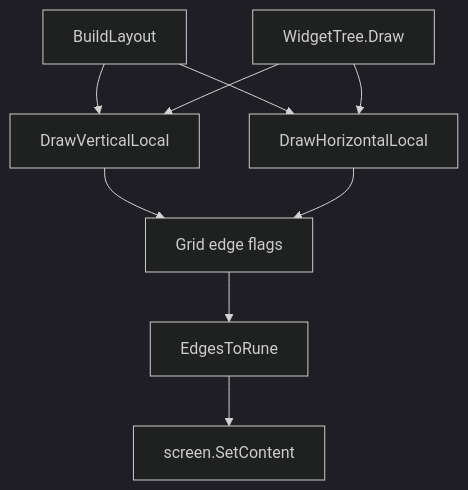
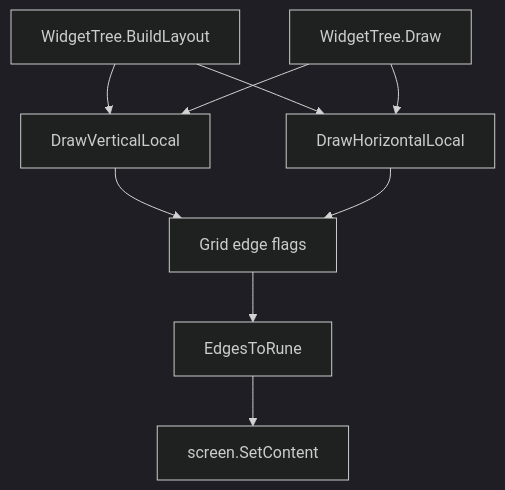
One commit to yairgd/gdbforge changed the second of 3 diagrams in docs/RENDERING.md. Above: the diagram before and after it, drawn with Mermaid (dark theme). The commit also changed other lines of this file and 11 other files, not shown here.

Commit message:
Remove redundant Layout facade; tabs own WidgetTree directly.

````diff
--- a/docs/RENDERING.md
+++ b/docs/RENDERING.md
@@ -140,16 +140,16 @@
 ```mermaid
 flowchart TB
-    Layout["BuildLayout"]
+    Build["WidgetTree.BuildLayout"]
     Draw["WidgetTree.Draw"]
     DV["DrawVerticalLocal"]
     DH["DrawHorizontalLocal"]
     Grid["Grid edge flags"]
     Compose["EdgesToRune"]
     Tcell["screen.SetContent"]
 
-    Layout --> DV --> Grid
-    Layout --> DH --> Grid
+    Build --> DV --> Grid
+    Build --> DH --> Grid
     Draw --> DV
     Draw --> DH
     Grid --> Compose --> Tcell
 ```
````
